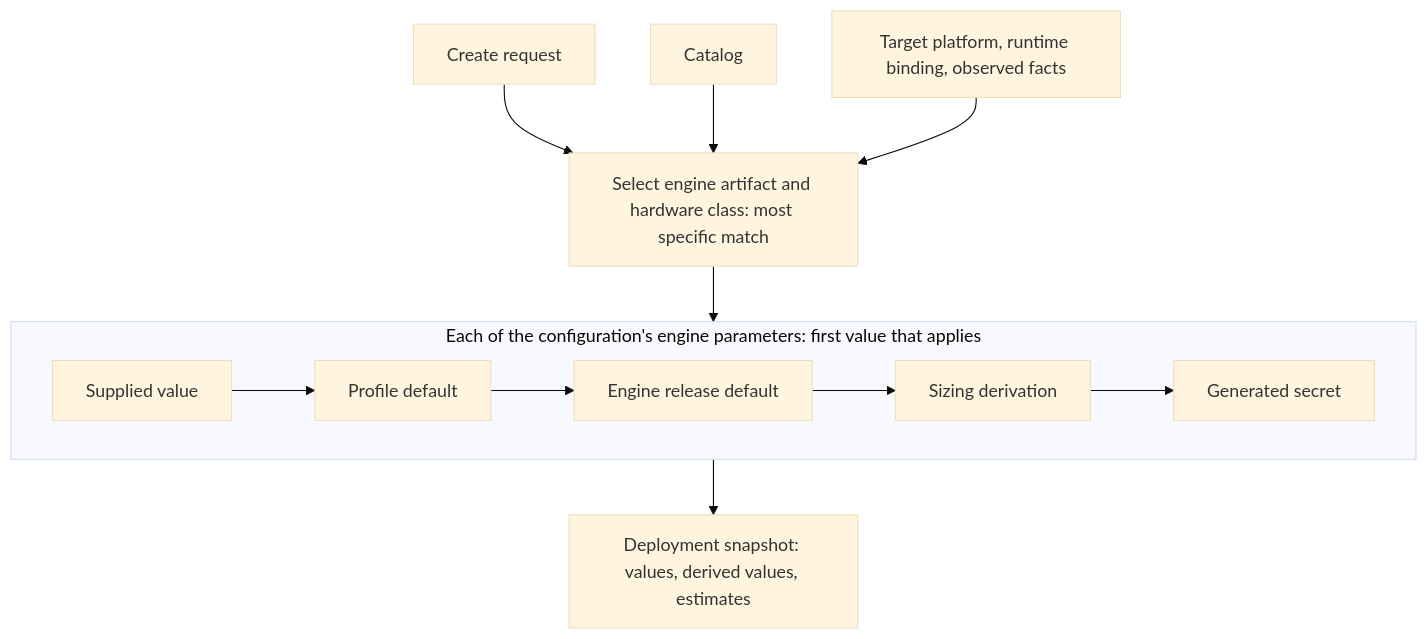
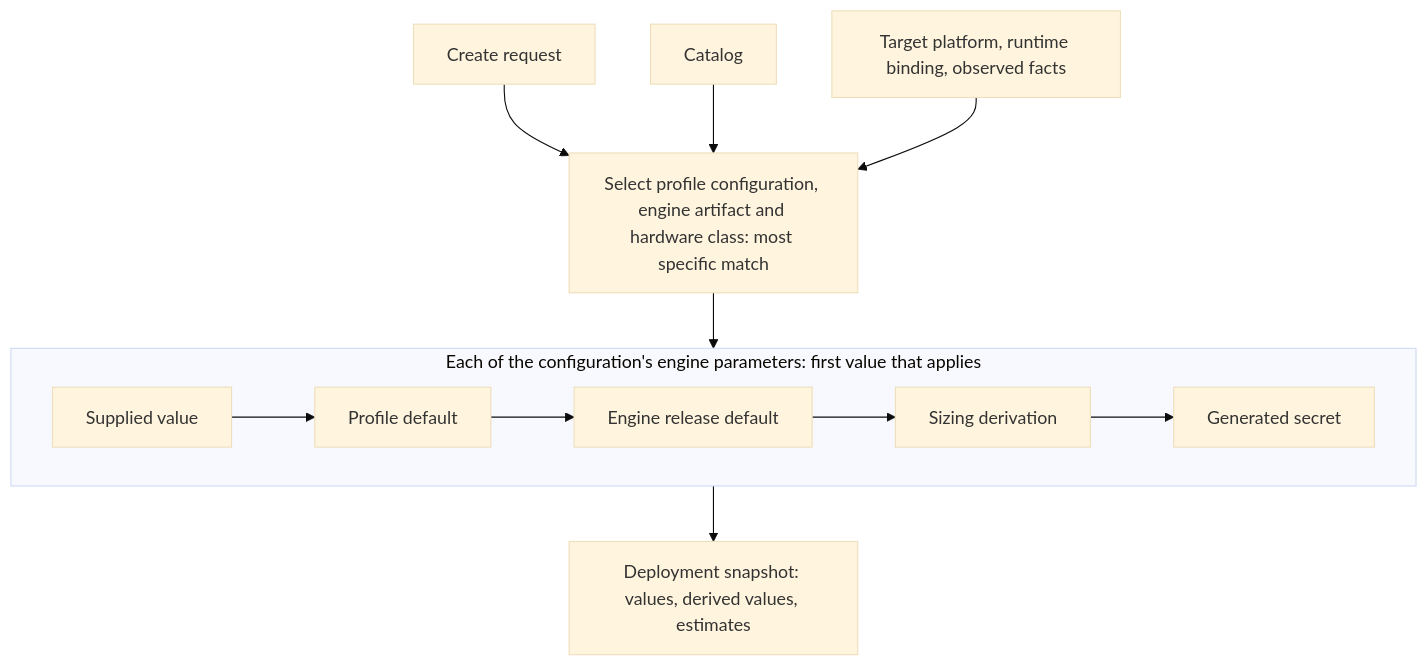
One commit to dotcoreai/dotcore changed the second of 6 diagrams in docs/specs/models.md. Above: the diagram before and after it, drawn with Mermaid (base theme). The commit also changed other lines of this file and 3 other files, not shown here.

````diff
--- a/docs/specs/models.md
+++ b/docs/specs/models.md
@@ -55,12 +55,12 @@
 ```mermaid
 flowchart TB
-  REQ["Create request"] --> SEL["Select engine artifact and hardware class: most specific match"]
+  REQ["Create request"] --> SEL["Select profile configuration, engine artifact and hardware class: most specific match"]
   CAT["Catalog"] --> SEL
   FACTS["Target platform, runtime binding, observed facts"] --> SEL
   SEL --> MERGE
   subgraph MERGE["Each of the configuration's engine parameters: first value that applies"]
     S1["Supplied value"] --> S2["Profile default"] --> S3["Engine release default"]
     S3 --> S4["Sizing derivation"] --> S5["Generated secret"]
   end
   MERGE --> SNAP["Deployment snapshot: values, derived values, estimates"]
 ```
````
